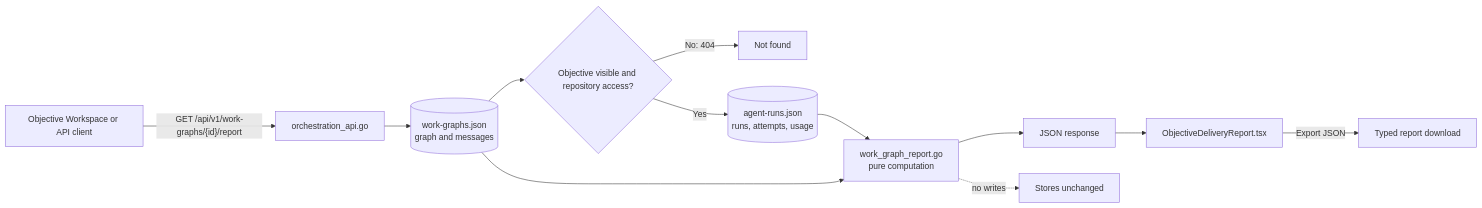
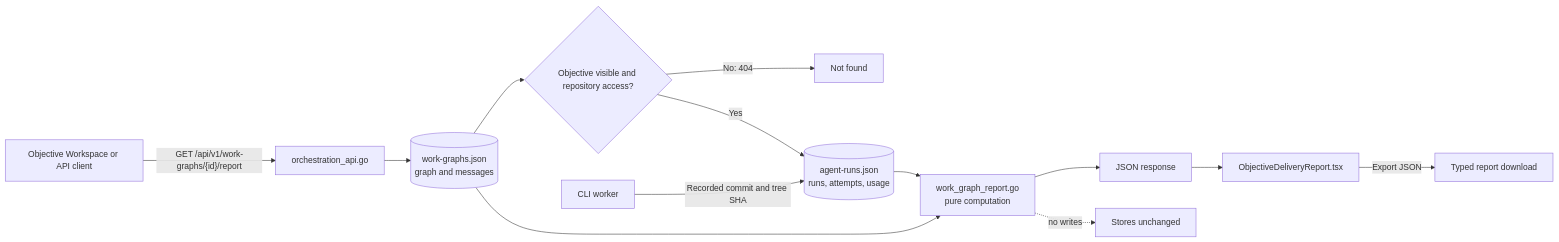
The diagram in docs/features/objective-delivery-report.md (bogdaniel/zenchron-engineering-os), drawn with Mermaid before and after one commit. The commit also changed other lines of this file and 10 other files, not shown here.

````diff
--- a/docs/features/objective-delivery-report.md
+++ b/docs/features/objective-delivery-report.md
@@ -8,14 +8,15 @@
 ```mermaid
 flowchart LR
   Client[Objective Workspace or API client] -->|"GET /api/v1/work-graphs/{id}/report"| Handler[orchestration_api.go]
   Handler --> Graphs[(work-graphs.json<br/>graph and messages)]
   Graphs --> Visibility{Objective visible and repository access?}
   Visibility -->|No: 404| NotFound[Not found]
   Visibility -->|Yes| Runs[(agent-runs.json<br/>runs, attempts, usage)]
+  Worker[CLI worker] -->|Recorded commit and tree SHA| Runs
   Graphs --> Compute[work_graph_report.go<br/>pure computation]
   Runs --> Compute
   Compute --> Response[JSON response]
   Response --> ReportUI[ObjectiveDeliveryReport.tsx]
   ReportUI -->|Export JSON| Download[Typed report download]
   Compute -.->|no writes| ReadOnly[Stores unchanged]
 ```
````
